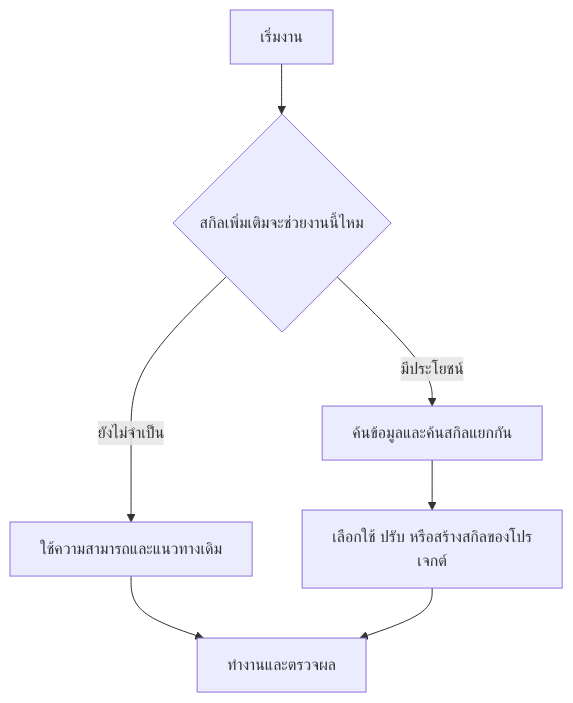
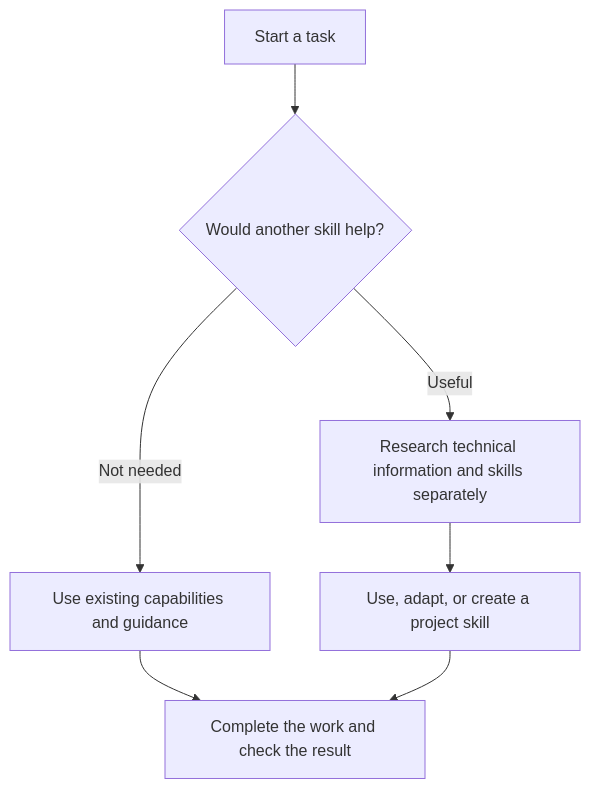
Before and after one commit to thefogusz/OneForAll: the diagram in README.md, drawn with Mermaid. The commit also changed other lines of this file and 6 other files, not shown here.

````diff
--- a/README.md
+++ b/README.md
@@ -54,9 +55,9 @@
 ```mermaid
 flowchart TD
-    A[เริ่มงาน] --> B{สกิลเพิ่มเติมจะช่วยงานนี้ไหม}
-    B -- ยังไม่จำเป็น --> C[ใช้ความสามารถและแนวทางเดิม]
-    B -- มีประโยชน์ --> D[ค้นข้อมูลและค้นสกิลแยกกัน]
-    D --> E[เลือกใช้ ปรับ หรือสร้างสกิลของโปรเจกต์]
-    C --> F[ทำงานและตรวจผล]
+    A[Start a task] --> B{Would another skill help?}
+    B -- Not needed --> C[Use existing capabilities and guidance]
+    B -- Useful --> D[Research technical information and skills separately]
+    D --> E[Use, adapt, or create a project skill]
+    C --> F[Complete the work and check the result]
     E --> F
 ```
````
